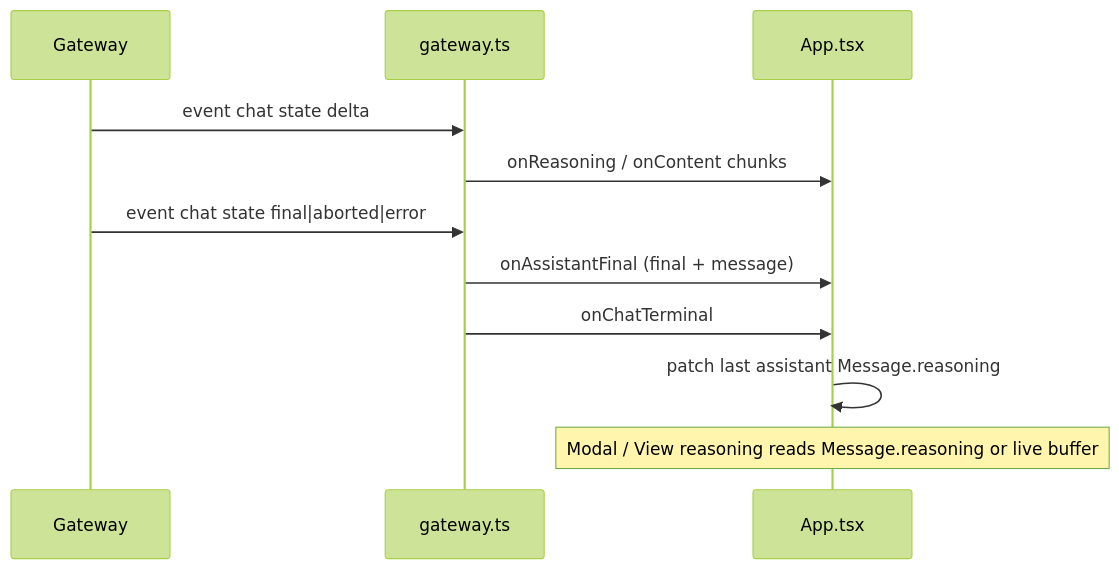
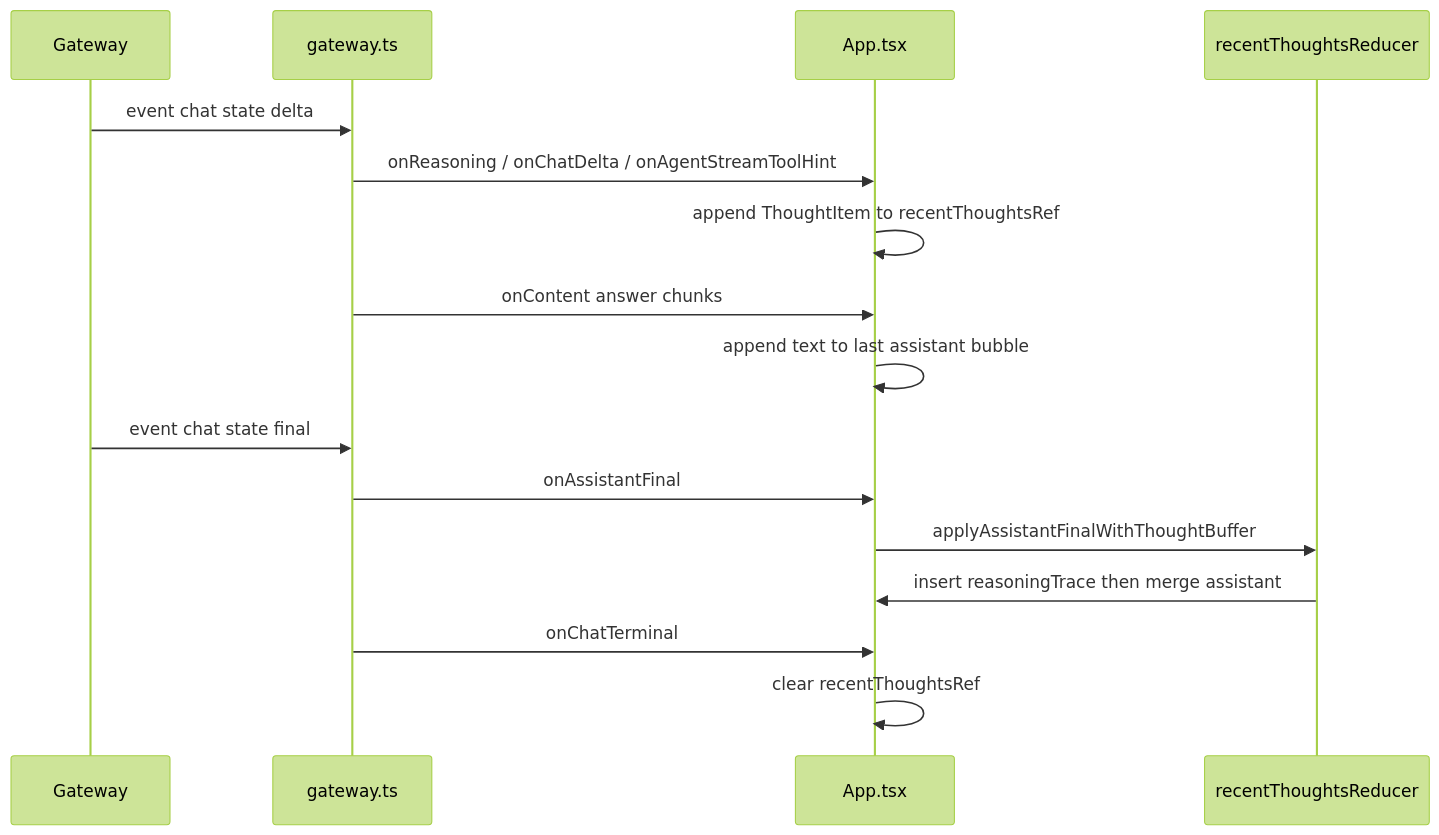
Before and after one commit to daledesilva/openclaw-ui: the diagram in docs/chain-of-thought.md, drawn with Mermaid (forest theme). The commit also changed other lines of this file and 22 other files, not shown here.

Commit message:
Added new chat session button and collated chain of thought better

````diff
--- a/docs/chain-of-thought.md
+++ b/docs/chain-of-thought.md
@@ -15,14 +17,19 @@
 ```mermaid
 sequenceDiagram
   participant GW as Gateway
   participant API as gateway.ts
   participant UI as App.tsx
+  participant R as recentThoughtsReducer
 
   GW->>API: event chat state delta
-  API->>UI: onReasoning / onContent chunks
-  GW->>API: event chat state final|aborted|error
-  API->>UI: onAssistantFinal (final + message)
+  API->>UI: onReasoning / onChatDelta / onAgentStreamToolHint
+  UI->>UI: append ThoughtItem to recentThoughtsRef
+  API->>UI: onContent answer chunks
+  UI->>UI: append text to last assistant bubble
+  GW->>API: event chat state final
+  API->>UI: onAssistantFinal
+  UI->>R: applyAssistantFinalWithThoughtBuffer
+  R->>UI: insert reasoningTrace then merge assistant
   API->>UI: onChatTerminal
-  UI->>UI: patch last assistant Message.reasoning
-  Note over UI: Modal / View reasoning reads Message.reasoning or live buffer
+  UI->>UI: clear recentThoughtsRef
 ```
````
